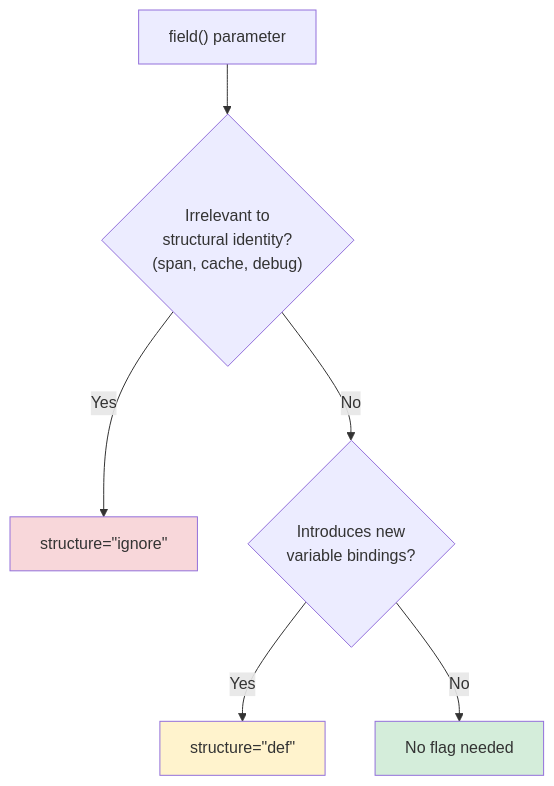
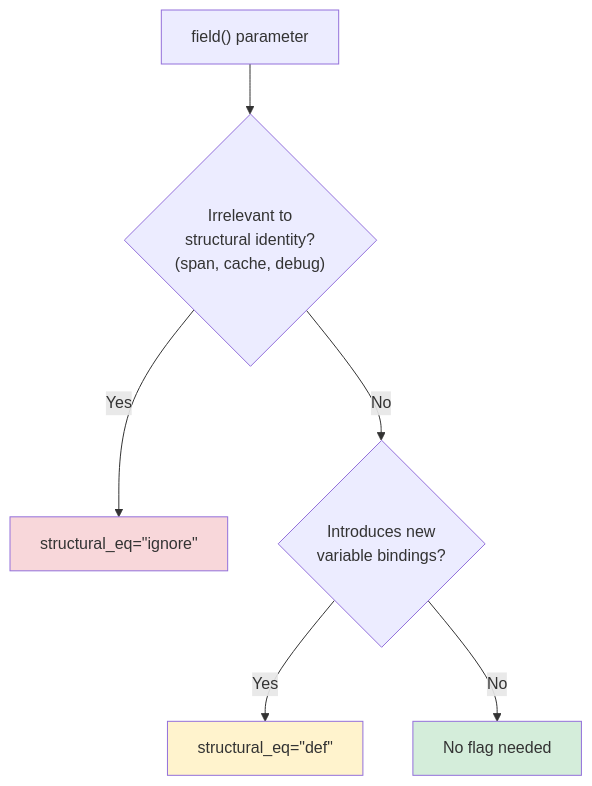
The eighth of 8 diagrams in docs/concepts/structural_eq_hash.rst (yaoyaoding/tvm-ffi), drawn with Mermaid before and after one commit. The commit also changed other lines of this file and 4 other files, not shown here.

First line of the commit message:
refactor(python)!: rename `structure=` to `structural_eq=` (#509)

```diff
--- a/docs/concepts/structural_eq_hash.rst
+++ b/docs/concepts/structural_eq_hash.rst
@@ -656,12 +656,12 @@
 .. mermaid::
 
    graph TD
        Start["field() parameter"] --> Q1{"Irrelevant to<br/>structural identity?<br/>(span, cache, debug)"}
-       Q1 -->|Yes| IGN["structure=&quot;ignore&quot;"]
+       Q1 -->|Yes| IGN["structural_eq=&quot;ignore&quot;"]
        Q1 -->|No| Q2{"Introduces new<br/>variable bindings?"}
-       Q2 -->|Yes| DEF["structure=&quot;def&quot;"]
+       Q2 -->|Yes| DEF["structural_eq=&quot;def&quot;"]
        Q2 -->|No| NONE["No flag needed"]
 
        style IGN fill:#f8d7da
        style DEF fill:#fff3cd
        style NONE fill:#d4edda
```
